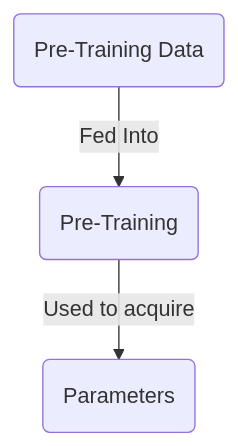
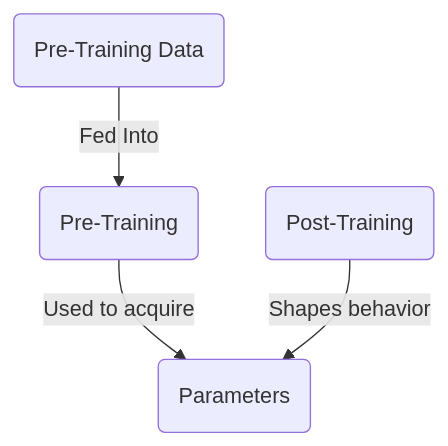
One commit to zxkevinxz/ai-hero changed the fifth of 7 diagrams in examples/_TODO/ai-engineer-roadmap/01-what-is-an-llm/article.md. Above: the diagram before and after it, drawn with Mermaid. The commit also changed other lines of this file, not shown here.

````diff
--- a/examples/_TODO/ai-engineer-roadmap/01-what-is-an-llm/article.md
+++ b/examples/_TODO/ai-engineer-roadmap/01-what-is-an-llm/article.md
@@ -98,9 +98,11 @@
 ```mermaid
 flowchart
   D(Pre-Training Data)
   P(Parameters)
   PR(Pre-Training)
+  PT(Post-Training)
 
   D -- Fed Into --> PR
   PR -- Used to acquire --> P
+  PT -- Shapes behavior --> P
 ```
````
